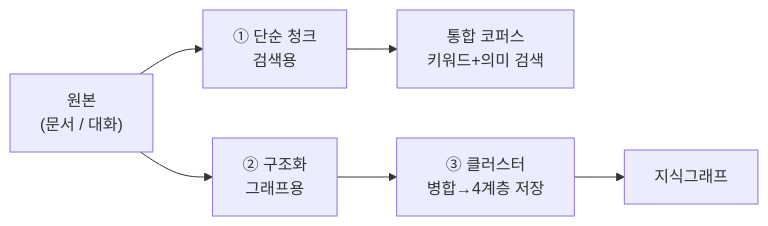
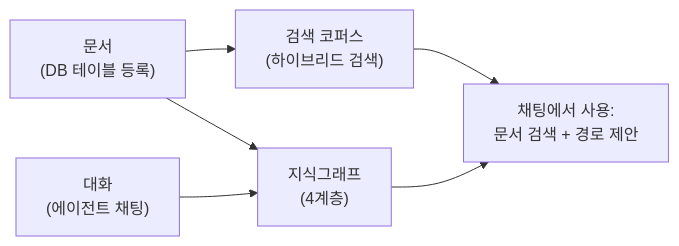
The third of 11 diagrams in docs/plan.md (catinbox276/graph-search-chat), drawn with Mermaid before and after one commit. The commit also changed other lines of this file and 4 other files, not shown here.

````diff
--- a/docs/plan.md
+++ b/docs/plan.md
@@ -53,8 +129,8 @@
 ```mermaid
 flowchart LR
-    RAW["원본<br/>(문서 / 대화)"] --> S1["① 단순 청크<br/>검색용"]
-    RAW --> S2["② 구조화<br/>그래프용"]
-    S1 --> SEARCH["통합 코퍼스<br/>키워드+의미 검색"]
-    S2 --> S3["③ 클러스터<br/>병합→4계층 저장"]
-    S3 --> GRAPH["지식그래프"]
+    DOC["문서<br/>(DB 테이블 등록)"] --> SEARCH["검색 코퍼스<br/>(하이브리드 검색)"]
+    DOC --> KG["지식그래프<br/>(4계층)"]
+    CHAT["대화<br/>(에이전트 채팅)"] --> KG
+    SEARCH --> USE["채팅에서 사용:<br/>문서 검색 + 경로 제안"]
+    KG --> USE
 ```
````
